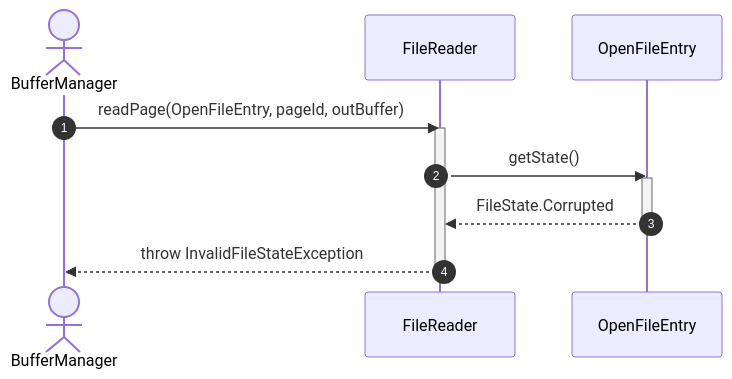
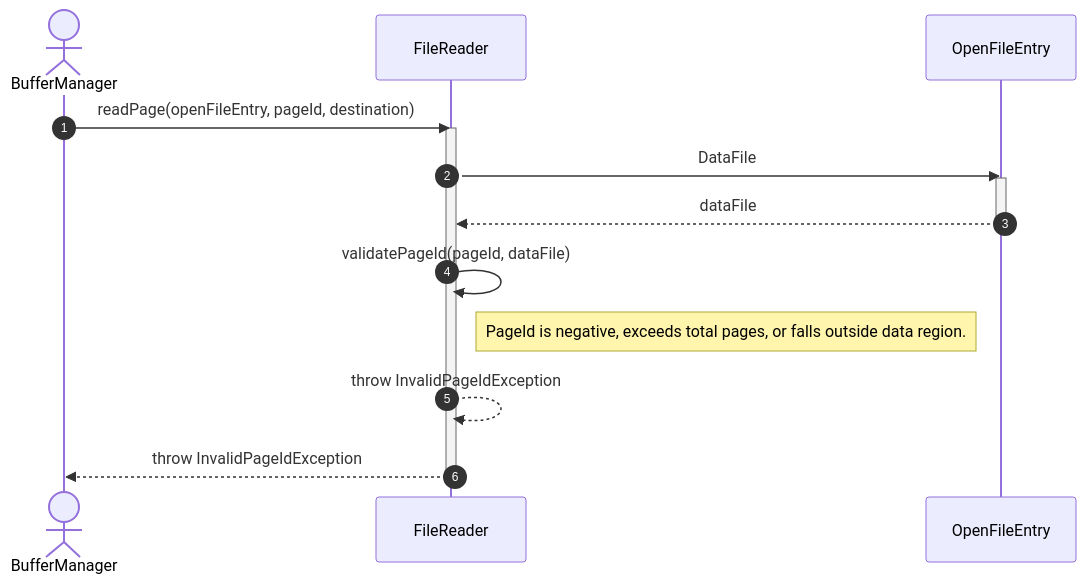
Before and after one commit to manaxpow/DBMS: the second of 4 diagrams in docs/diagrams/sequence-diagrams/storage-engine/file-management/file-io/read-file.md, drawn with Mermaid. The commit also changed other lines of this file and 41 other files, not shown here.

Commit message:
#3 upload class and sequencce diagram

````diff
--- a/docs/diagrams/sequence-diagrams/storage-engine/file-management/file-io/read-file.md
+++ b/docs/diagrams/sequence-diagrams/storage-engine/file-management/file-io/read-file.md
@@ -46,18 +53,22 @@
 ```mermaid
 sequenceDiagram
     autonumber
     actor BM as BufferManager
     participant FR as FileReader
     participant OE as OpenFileEntry
 
-    BM->>FR: readPage(OpenFileEntry, pageId, outBuffer)
+    BM->>FR: readPage(openFileEntry, pageId, destination)
     activate FR
     
-    FR->>OE: getState()
+    FR->>OE: DataFile
     activate OE
-    OE-->>FR: FileState.Corrupted
+    OE-->>FR: dataFile
     deactivate OE
     
-    FR-->>BM: throw InvalidFileStateException
+    FR->>FR: validatePageId(pageId, dataFile)
+    note right of FR: PageId is negative, exceeds total pages, or falls outside data region.
+    FR-->>FR: throw InvalidPageIdException
+    
+    FR-->>BM: throw InvalidPageIdException
     deactivate FR
 ```
````
